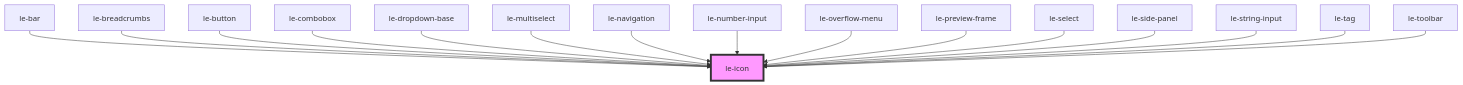
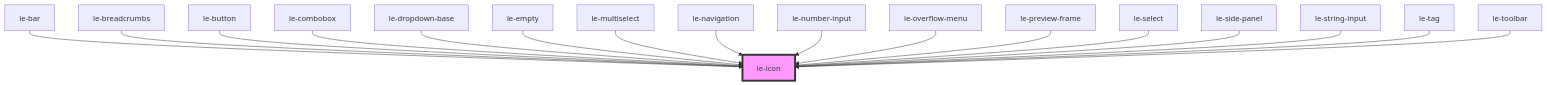
One commit to leechy/le-kit changed the diagram in packages/core/src/components/le-icon/readme.md. Above: the diagram before and after it, drawn with Mermaid. The commit also changed other lines of this file and 5 other files, not shown here.

````diff
--- a/packages/core/src/components/le-icon/readme.md
+++ b/packages/core/src/components/le-icon/readme.md
@@ -55,19 +56,20 @@
 ```mermaid
 graph TD;
   le-bar --> le-icon
   le-breadcrumbs --> le-icon
   le-button --> le-icon
   le-combobox --> le-icon
   le-dropdown-base --> le-icon
+  le-empty --> le-icon
   le-multiselect --> le-icon
   le-navigation --> le-icon
   le-number-input --> le-icon
   le-overflow-menu --> le-icon
   le-preview-frame --> le-icon
   le-select --> le-icon
   le-side-panel --> le-icon
   le-string-input --> le-icon
   le-tag --> le-icon
   le-toolbar --> le-icon
   style le-icon fill:#f9f,stroke:#333,stroke-width:4px
 ```
````
